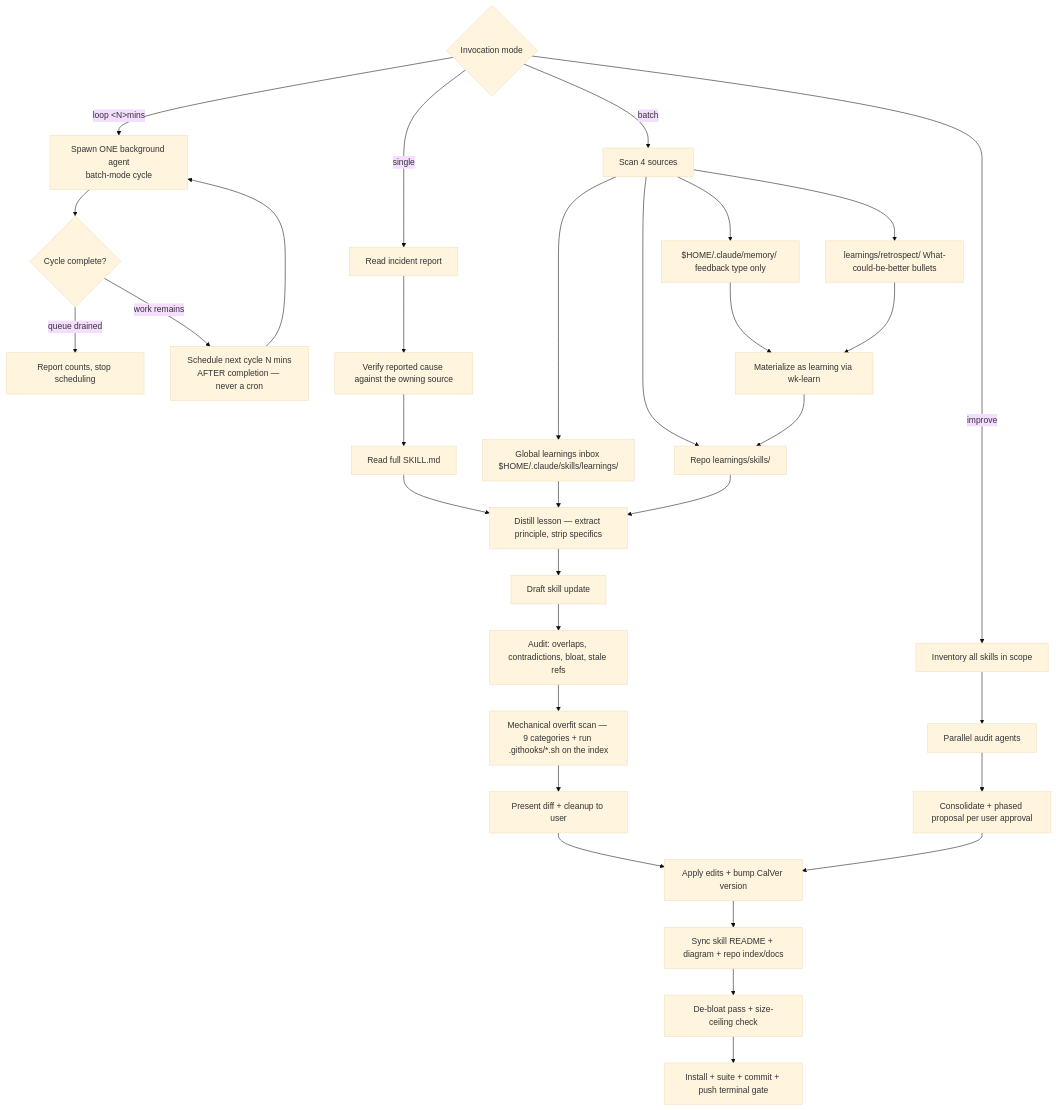
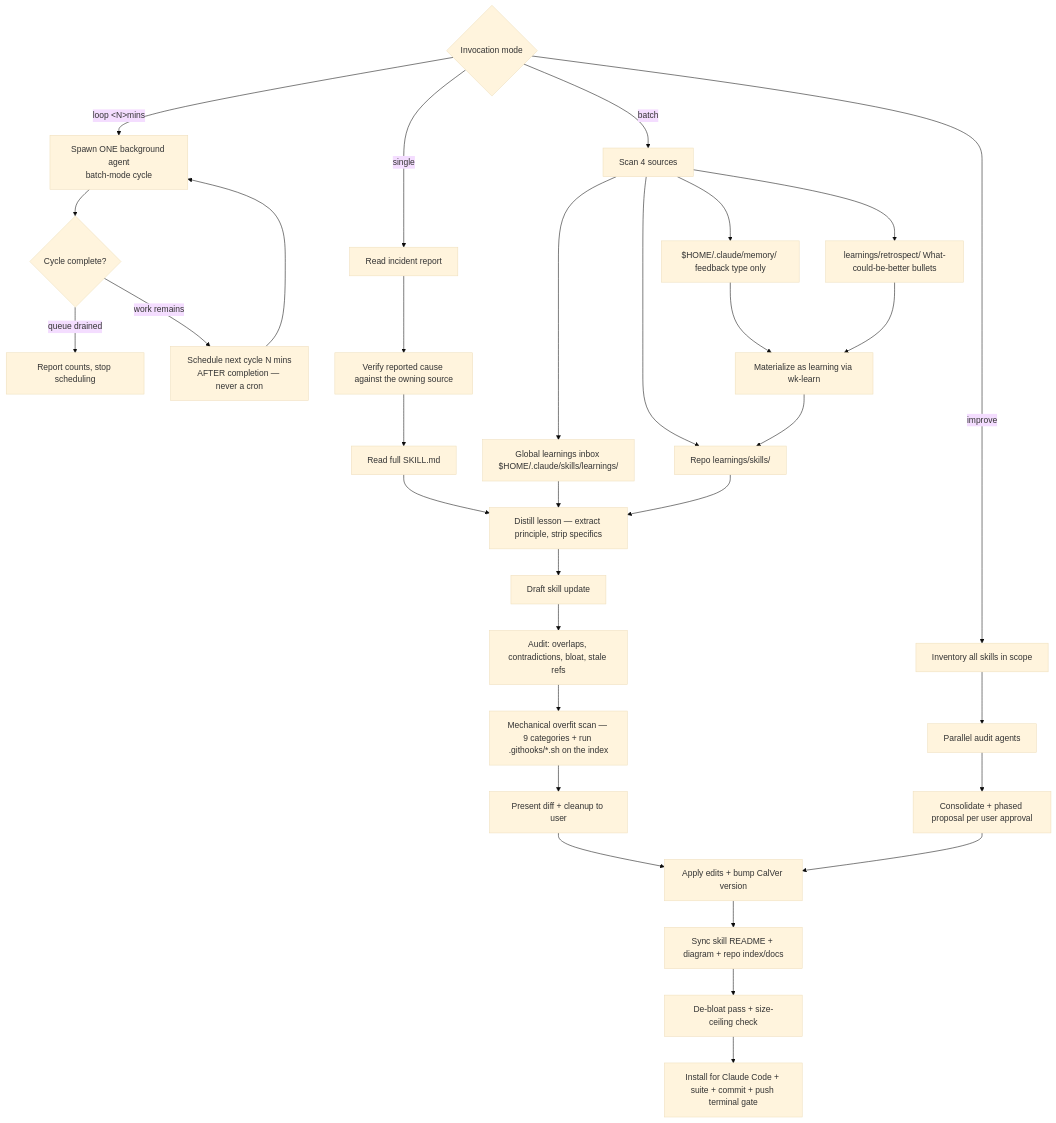
The diagram in skills/sharpen/README.md (whizzzkid/skills), drawn with Mermaid (base theme) before and after one commit. The commit also changed other lines of this file and 137 other files, not shown here.

````diff
--- a/skills/sharpen/README.md
+++ b/skills/sharpen/README.md
@@ -16,33 +16,33 @@
 ```mermaid
 flowchart TD
     A{Invocation mode} -->|single| B[Read incident report]
     A -->|batch| G[Scan 4 sources]
     A -->|improve| K[Inventory all skills in scope]
     A -->|"loop &lt;N&gt;mins"| N1["Spawn ONE background agent<br/>batch-mode cycle"]
     N1 --> N2{"Cycle complete?"}
     N2 -->|"queue drained"| N4["Report counts, stop scheduling"]
     N2 -->|"work remains"| N3["Schedule next cycle N mins<br/>AFTER completion — never a cron"]
     N3 --> N1
     B --> B2[Verify reported cause against the owning source]
     B2 --> C[Read full SKILL.md]
     C --> D[Distill lesson — extract principle, strip specifics]
     D --> E[Draft skill update]
     E --> F[Audit: overlaps, contradictions, bloat, stale refs]
     F --> F2[Mechanical overfit scan — 9 categories + run .githooks/*.sh on the index]
     F2 --> P[Present diff + cleanup to user]
     P --> Q[Apply edits + bump CalVer version]
     Q --> Q2[Sync skill README + diagram + repo index/docs]
     Q2 --> R[De-bloat pass + size-ceiling check]
-    R --> S["Install + suite + commit + push terminal gate"]
+    R --> S["Install for Claude Code + suite + commit + push terminal gate"]
     G --> G1[Global learnings inbox $HOME/.claude/skills/learnings/]
     G --> G2[Repo learnings/skills/]
     G --> G3[$HOME/.claude/memory/ feedback type only]
     G --> G4[learnings/retrospect/ What-could-be-better bullets]
     G3 --> GM[Materialize as learning via wk-learn]
     G4 --> GM
     GM --> G2
     G1 & G2 --> D
     K --> L[Parallel audit agents]
     L --> M[Consolidate + phased proposal per user approval]
     M --> Q
 ```
````
